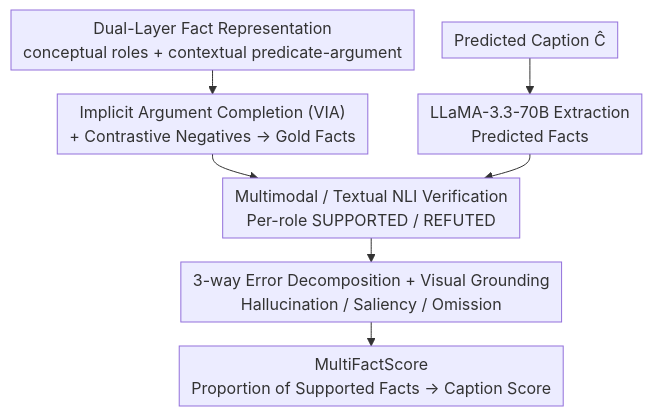
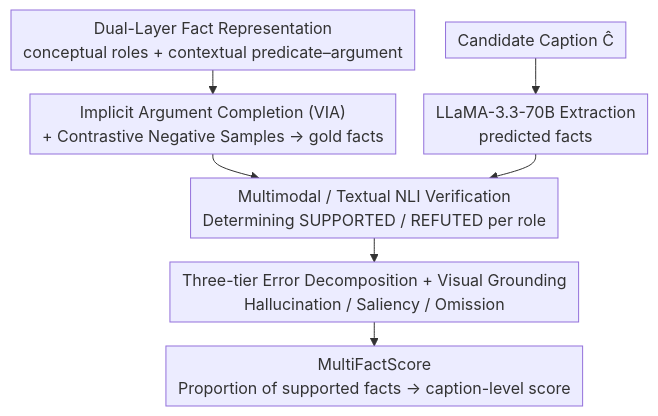
One commit to zhaoyang97/Paper-Notes-en changed the diagram in docs/ACL2026/multimodal_vlm/dualfact_a_multimodal_fact_verification_framework_for_procedural_video_understan.md. Above: the diagram before and after it, drawn with Mermaid. The commit also changed other lines of this file and 5084 other files, not shown here.

````diff
--- a/docs/ACL2026/multimodal_vlm/dualfact_a_multimodal_fact_verification_framework_for_procedural_video_understan.md
+++ b/docs/ACL2026/multimodal_vlm/dualfact_a_multimodal_fact_verification_framework_for_procedural_video_understan.md
@@ -43,10 +43,10 @@
 ```mermaid
 %%{init: {'flowchart': {'rankSpacing': 24, 'nodeSpacing': 28, 'padding': 6, 'wrappingWidth': 400}}}%%
 flowchart TD
-    A["Dual-Layer Fact Representation<br/>conceptual roles + contextual predicate-argument"] --> B["Implicit Argument Completion (VIA)<br/>+ Contrastive Negatives → Gold Facts"]
-    Cap["Predicted Caption Ĉ"] --> EX["LLaMA-3.3-70B Extraction<br/>Predicted Facts"]
-    B --> NLI["Multimodal / Textual NLI Verification<br/>Per-role SUPPORTED / REFUTED"]
+    A["Dual-Layer Fact Representation<br/>conceptual roles + contextual predicate–argument"] --> B["Implicit Argument Completion (VIA)<br/>+ Contrastive Negative Samples → gold facts"]
+    Cap["Candidate Caption Ĉ"] --> EX["LLaMA-3.3-70B Extraction<br/>predicted facts"]
+    B --> NLI["Multimodal / Textual NLI Verification<br/>Determining SUPPORTED / REFUTED per role"]
     EX --> NLI
-    NLI --> ERR["3-way Error Decomposition + Visual Grounding<br/>Hallucination / Saliency / Omission"]
-    ERR --> MFS["MultiFactScore<br/>Proportion of Supported Facts → Caption Score"]
+    NLI --> ERR["Three-tier Error Decomposition + Visual Grounding<br/>Hallucination / Saliency / Omission"]
+    ERR --> MFS["MultiFactScore<br/>Proportion of supported facts → caption-level score"]
 ```
````
